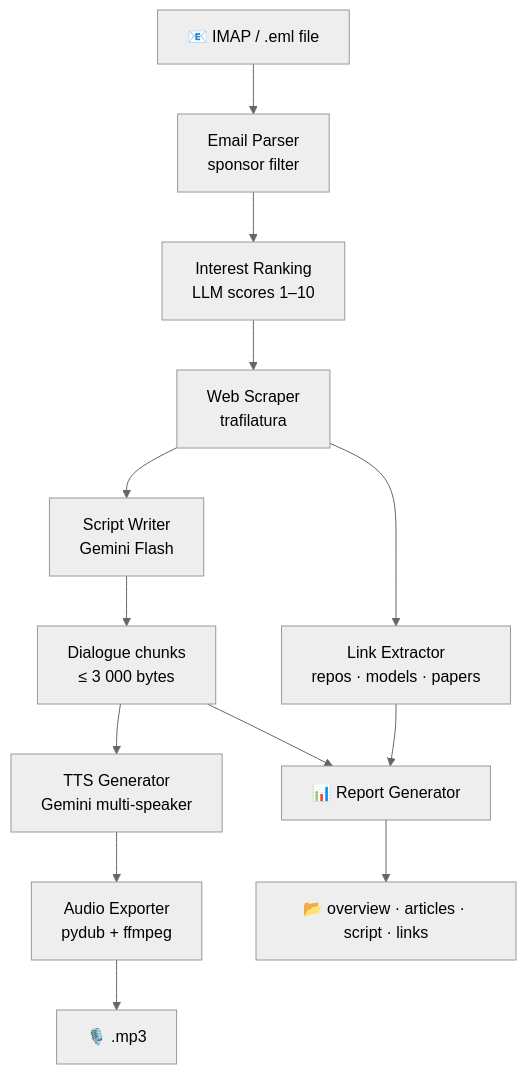
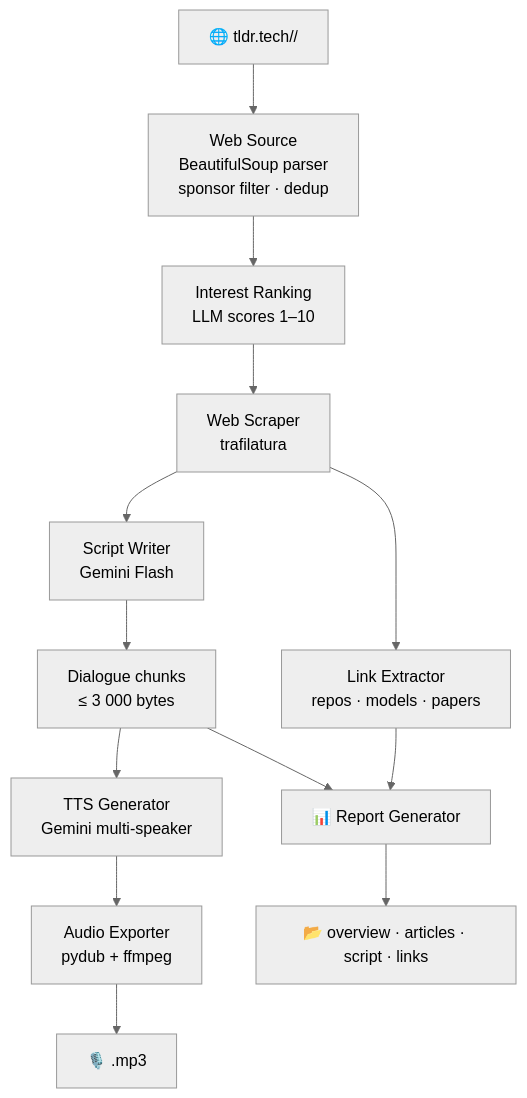
One commit to obeone/tldr-podcast changed the diagram in README.md. Above: the diagram before and after it, drawn with Mermaid (neutral theme). The commit also changed other lines of this file and 1 other file, not shown here.

First line of the commit message:
docs: rewrite README and CLAUDE.md for tldr.tech web source

````diff
--- a/README.md
+++ b/README.md
@@ -14,21 +14,20 @@
 ```mermaid
 flowchart TB
-    IN[📧 IMAP / .eml file] --> EP[Email Parser<br>sponsor filter]
-    EP --> RANK[Interest Ranking<br>LLM scores 1–10]
+    IN["🌐 tldr.tech/<topic>/<date>"] --> WEB["Web Source<br>BeautifulSoup parser<br>sponsor filter · dedup"]
+    WEB --> RANK["Interest Ranking<br>LLM scores 1–10"]
 
-    RANK --> WS[Web Scraper<br>trafilatura]
+    RANK --> WS["Web Scraper<br>trafilatura"]
+    WS --> LE["Link Extractor<br>repos · models · papers"]
 
-    WS --> LLM[Script Writer<br>Gemini Flash]
-    WS --> LE[Link Extractor<br>repos · models · papers]
+    WS --> LLM["Script Writer<br>Gemini Flash"]
+    LLM --> DC["Dialogue chunks<br>≤ 3 000 bytes"]
 
-    LLM --> DC[Dialogue chunks<br>≤ 3 000 bytes]
-
-    DC --> TTS[TTS Generator<br>Gemini multi-speaker]
-    DC --> RPT[📊 Report Generator]
+    DC --> TTS["TTS Generator<br>Gemini multi-speaker"]
+    DC --> RPT["📊 Report Generator"]
     LE --> RPT
 
-    TTS --> AE[Audio Exporter<br>pydub + ffmpeg]
+    TTS --> AE["Audio Exporter<br>pydub + ffmpeg"]
 
-    AE --> MP3[🎙️ .mp3]
-    RPT --> OUT[📂 overview · articles · script · links]
+    AE --> MP3["🎙️ .mp3"]
+    RPT --> OUT["📂 overview · articles · script · links"]
 ```
````
